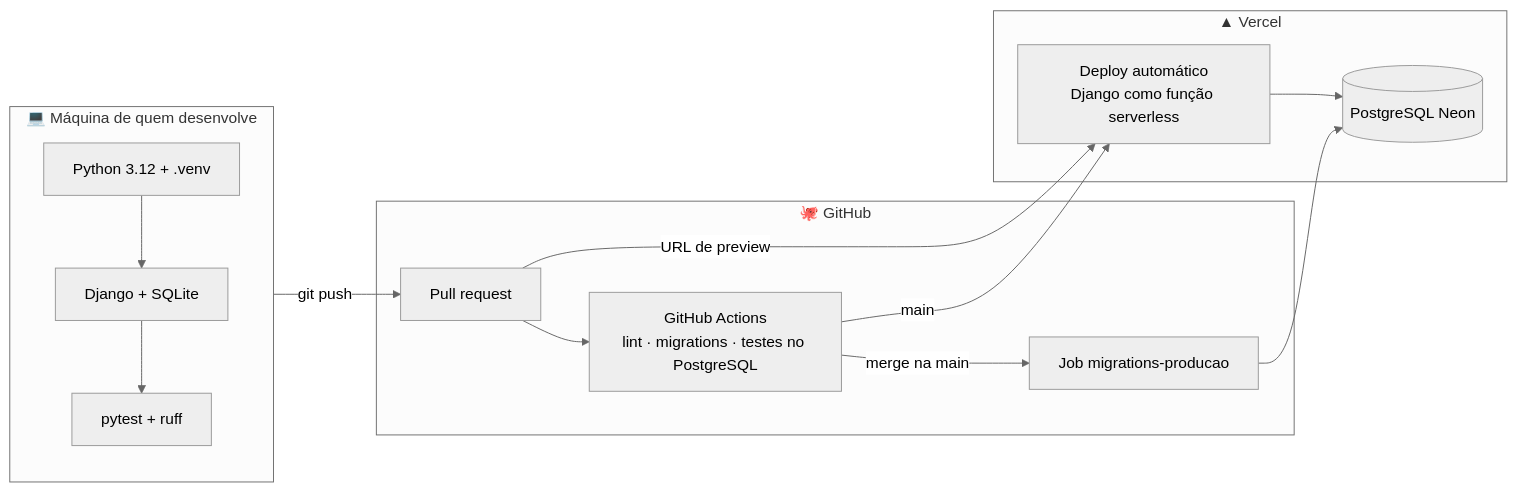
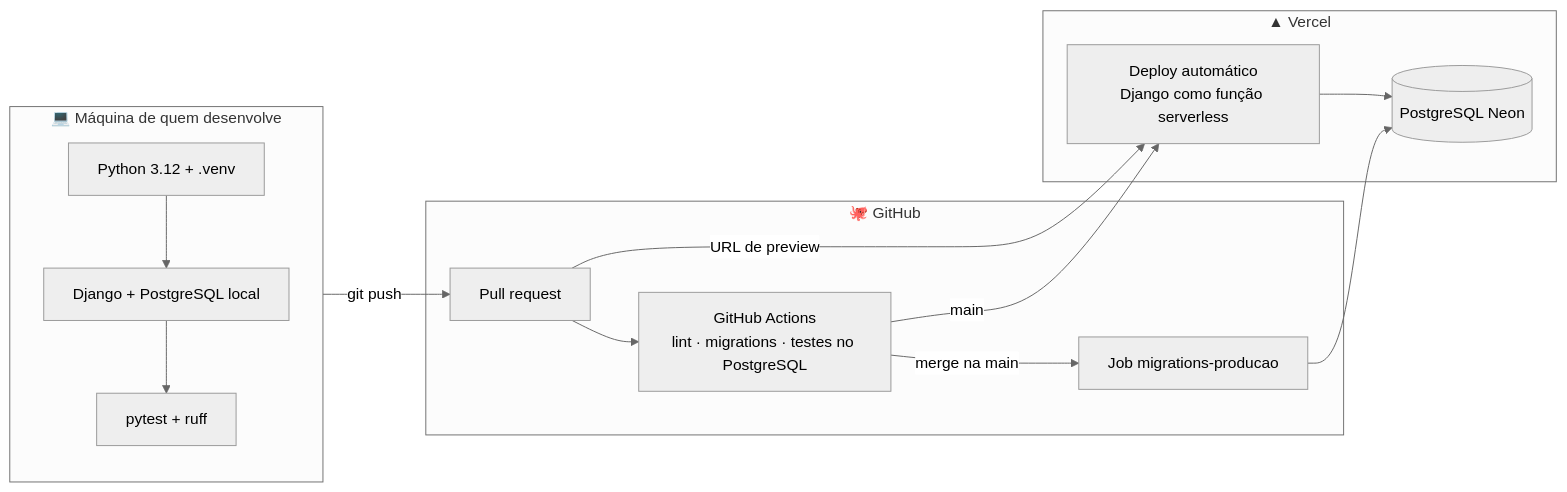
Before and after one commit to PedroBaliz/barbearia-agendamento: the diagram in docs/ambiente.md, drawn with Mermaid (neutral theme). The commit also changed other lines of this file and 4 other files, not shown here.

First line of the commit message:
docs: PostgreSQL no desenvolvimento local (ADR 0003) (#60)

````diff
--- a/docs/ambiente.md
+++ b/docs/ambiente.md
@@ -7,20 +7,20 @@
 ```mermaid
 flowchart LR
     subgraph Local["💻 Máquina de quem desenvolve"]
-        A[Python 3.12 + .venv] --> B[Django + SQLite]
+        A[Python 3.12 + .venv] --> B[Django + PostgreSQL local]
         B --> C[pytest + ruff]
     end
     subgraph GH["🐙 GitHub"]
         D[Pull request] --> E[GitHub Actions<br/>lint · migrations · testes no PostgreSQL]
         E -->|merge na main| F[Job migrations-producao]
     end
     subgraph V["▲ Vercel"]
         G[Deploy automático<br/>Django como função serverless]
         H[(PostgreSQL Neon)]
         G --> H
     end
     Local -->|git push| D
     D -->|URL de preview| G
     F --> H
     E -->|main| G
 ```
````
